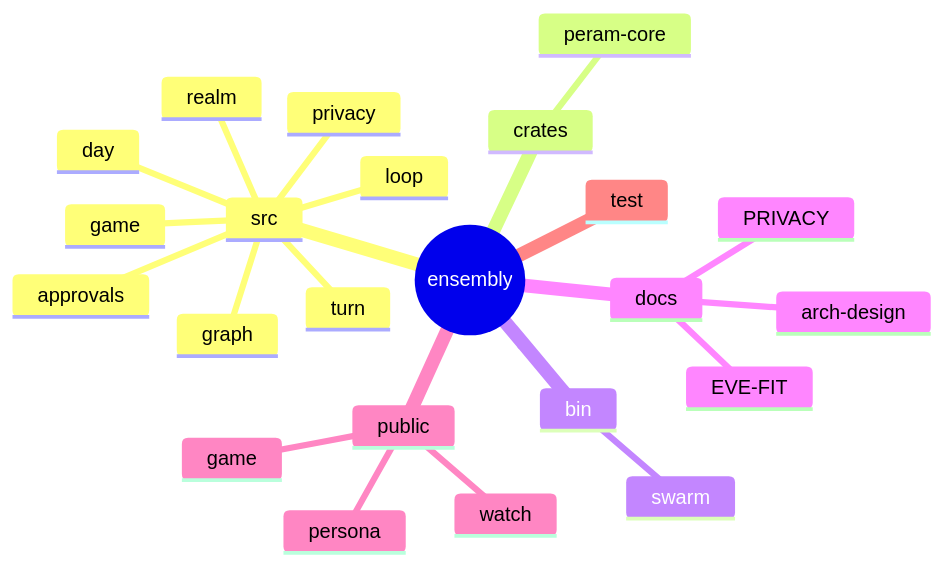
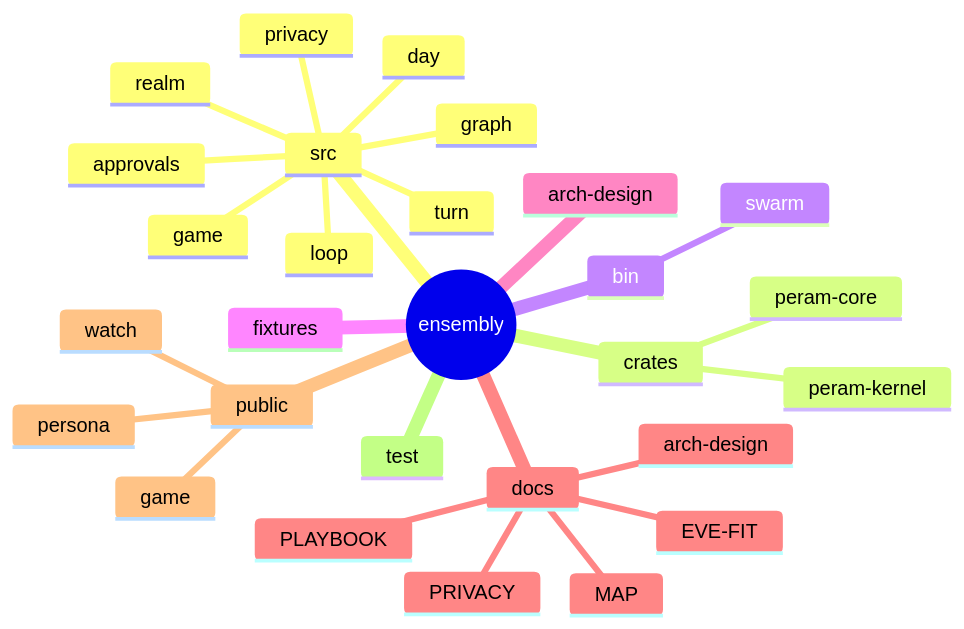
Before and after one commit to thecuriousts/ensembly: diagram 13 of 13 in docs/arch-design/coming-next.md, drawn with Mermaid. The commit also changed other lines of this file and 7 other files, not shown here.

````diff
--- a/docs/arch-design/coming-next.md
+++ b/docs/arch-design/coming-next.md
@@ -417,26 +436,31 @@
 ```mermaid
 mindmap
   root((ensembly))
     src
       day
       realm
       approvals
       turn
       graph
       privacy
       loop
       game
     crates
+      peram-kernel
       peram-core
     bin
       swarm
+    fixtures
+    arch-design
     docs
       arch-design
       EVE-FIT
       PRIVACY
+      MAP
+      PLAYBOOK
     public
       game
       watch
       persona
     test
 ```
````
